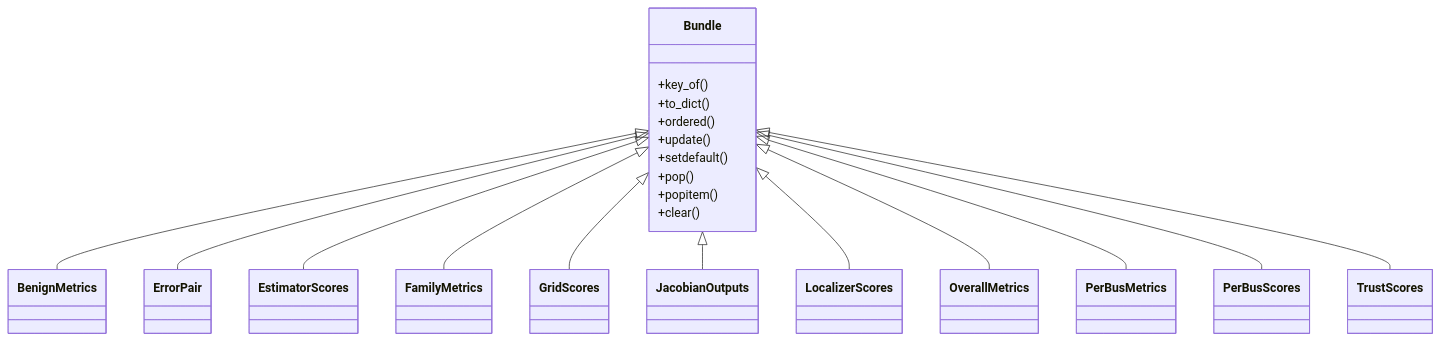
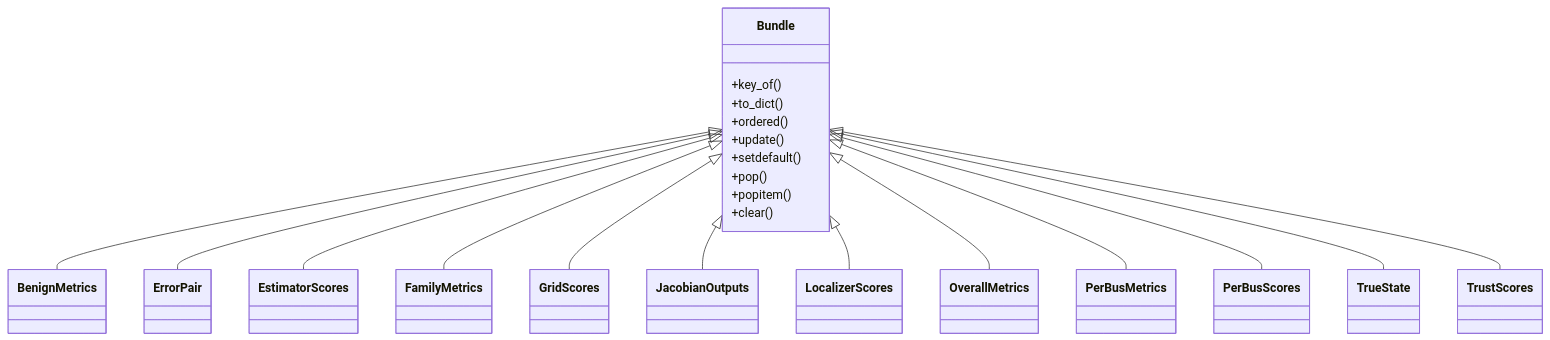
Before and after one commit to myersben9/fdia-graph: the diagram in docs/figures/diagrams/classes_scores.mmd, drawn with Mermaid. The commit also changed 206 other files, not shown here.

First line of the commit message:
Two toolkits in one repository: fdia-graph generates and loads, fdia-analysis analyses (#247)

```diff
--- a/docs/figures/diagrams/classes_scores.mmd
+++ b/docs/figures/diagrams/classes_scores.mmd
@@ -1,44 +1,47 @@
 classDiagram
     class Bundle {
         +key_of()
         +to_dict()
         +ordered()
         +update()
         +setdefault()
         +pop()
         +popitem()
         +clear()
     }
     class ErrorPair {
     }
     class EstimatorScores {
     }
     class OverallMetrics {
     }
     class BenignMetrics {
     }
     class FamilyMetrics {
     }
     class LocalizerScores {
     }
     class PerBusMetrics {
     }
     class PerBusScores {
     }
     class GridScores {
     }
     class TrustScores {
     }
     class JacobianOutputs {
     }
+    class TrueState {
+    }
     Bundle <|-- BenignMetrics
     Bundle <|-- ErrorPair
     Bundle <|-- EstimatorScores
     Bundle <|-- FamilyMetrics
     Bundle <|-- GridScores
     Bundle <|-- JacobianOutputs
     Bundle <|-- LocalizerScores
     Bundle <|-- OverallMetrics
     Bundle <|-- PerBusMetrics
     Bundle <|-- PerBusScores
+    Bundle <|-- TrueState
     Bundle <|-- TrustScores
```
